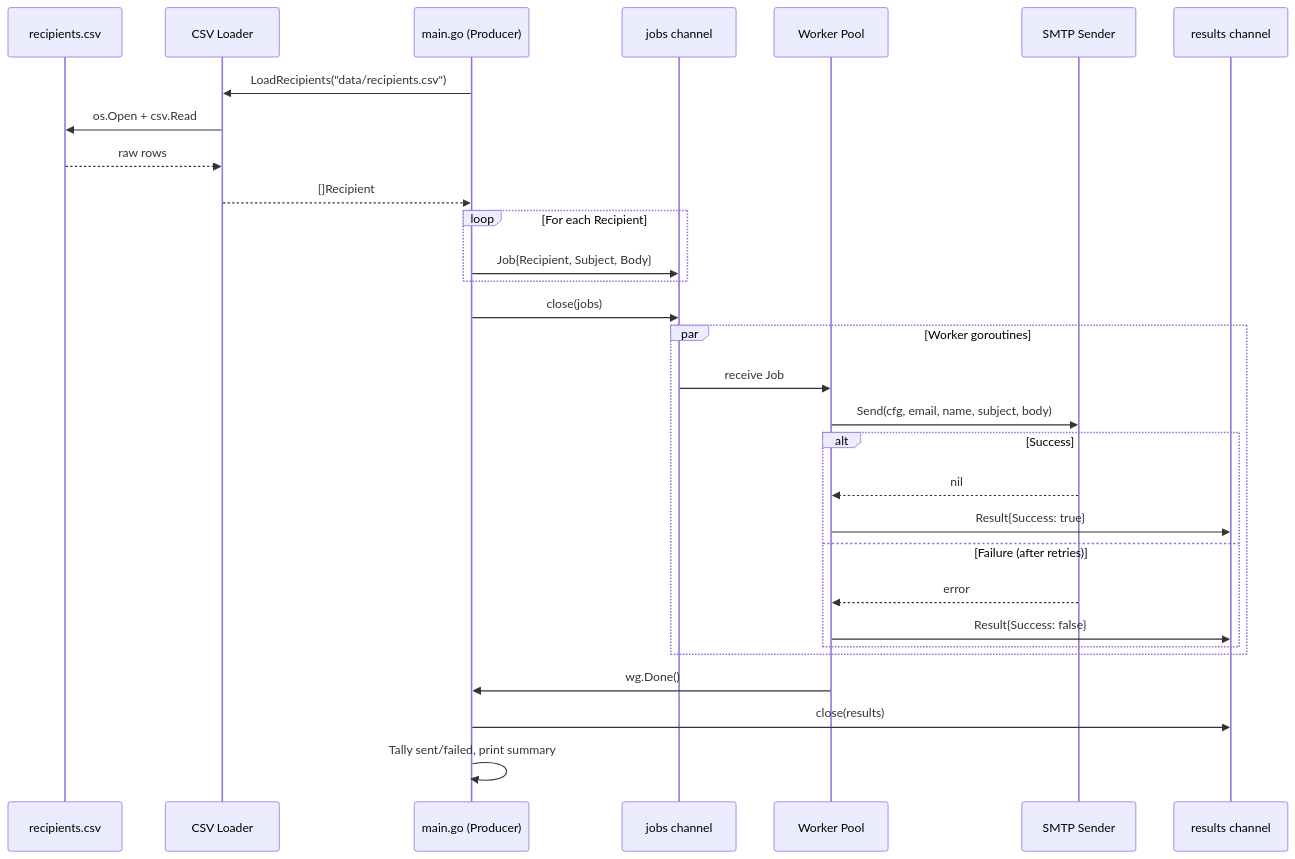
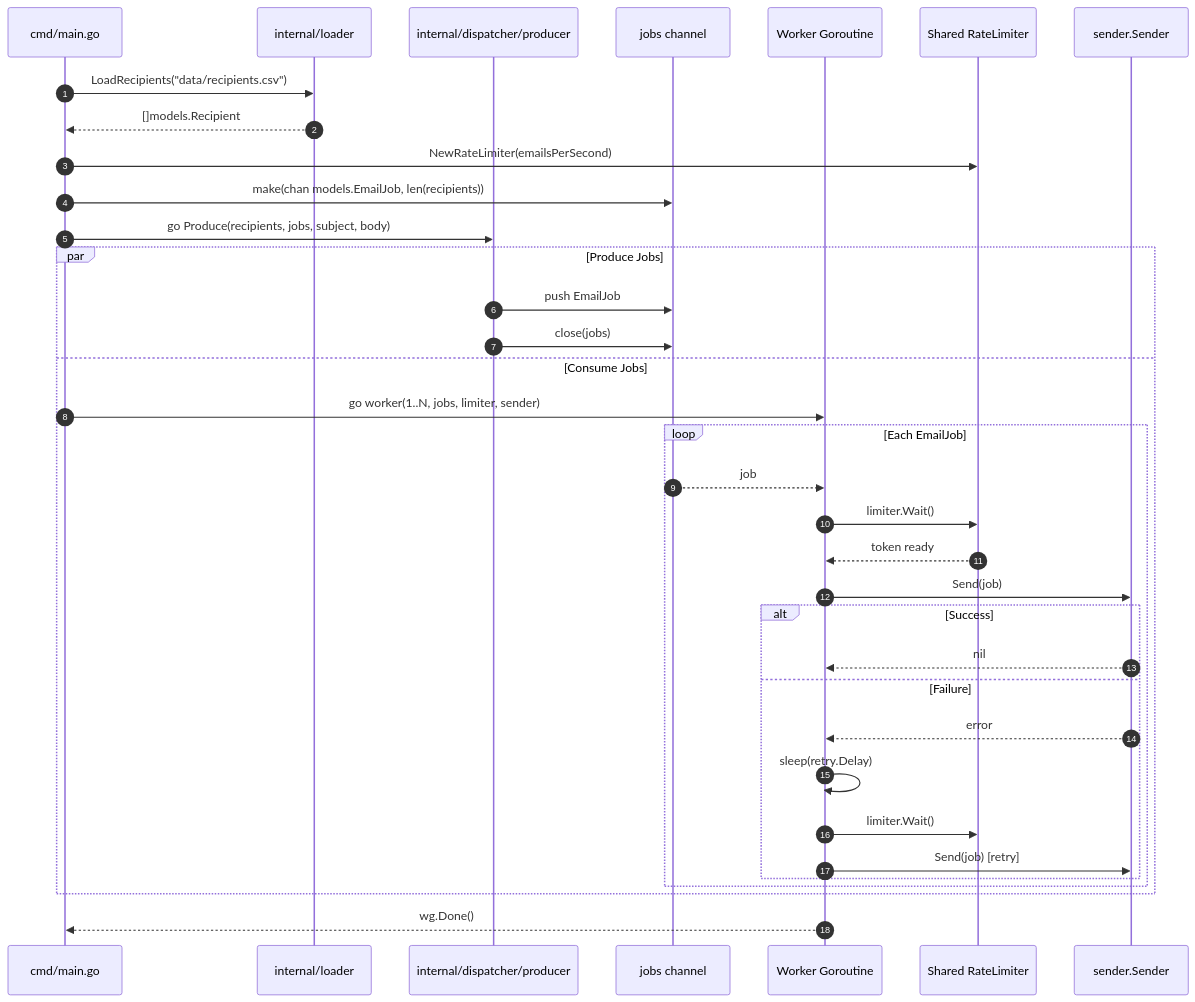
One commit to guptakartike/email-campaign-dispatcher changed the second of 2 diagrams in docs/ARCHITECTURE.md. Above: the diagram before and after it, drawn with Mermaid. The commit also changed other lines of this file and 3 other files, not shown here.

Commit message:
docs: update documentation to reflect rate limiter, mock sender, and benchmark suite

````diff
--- a/docs/ARCHITECTURE.md
+++ b/docs/ARCHITECTURE.md
@@ -133,36 +123,39 @@
 ```mermaid
 sequenceDiagram
-    participant CSV as recipients.csv
-    participant Loader as CSV Loader
-    participant Main as main.go (Producer)
-    participant Chan as jobs channel
-    participant Worker as Worker Pool
-    participant SMTP as SMTP Sender
-    participant Results as results channel
+    autonumber
+    participant Main as cmd/main.go
+    participant Loader as internal/loader
+    participant Producer as internal/dispatcher/producer
+    participant Channel as jobs channel
+    participant Worker as Worker Goroutine
+    participant Limiter as Shared RateLimiter
+    participant Sender as sender.Sender
 
     Main->>Loader: LoadRecipients("data/recipients.csv")
-    Loader->>CSV: os.Open + csv.Read
-    CSV-->>Loader: raw rows
-    Loader-->>Main: []Recipient
-
-    loop For each Recipient
-        Main->>Chan: Job{Recipient, Subject, Body}
-    end
-    Main->>Chan: close(jobs)
-
-    par Worker goroutines
-        Chan->>Worker: receive Job
-        Worker->>SMTP: Send(cfg, email, name, subject, body)
-        alt Success
-            SMTP-->>Worker: nil
-            Worker->>Results: Result{Success: true}
-        else Failure (after retries)
-            SMTP-->>Worker: error
-            Worker->>Results: Result{Success: false}
+    Loader-->>Main: []models.Recipient
+    Main->>Limiter: NewRateLimiter(emailsPerSecond)
+    Main->>Channel: make(chan models.EmailJob, len(recipients))
+    Main->>Producer: go Produce(recipients, jobs, subject, body)
+    
+    par Produce Jobs
+        Producer->>Channel: push EmailJob
+        Producer->>Channel: close(jobs)
+    and Consume Jobs
+        Main->>Worker: go worker(1..N, jobs, limiter, sender)
+        loop Each EmailJob
+            Channel-->>Worker: job
+            Worker->>Limiter: limiter.Wait()
+            Limiter-->>Worker: token ready
+            Worker->>Sender: Send(job)
+            alt Success
+                Sender-->>Worker: nil
+            else Failure
+                Sender-->>Worker: error
+                Worker->>Worker: sleep(retry.Delay)
+                Worker->>Limiter: limiter.Wait()
+                Worker->>Sender: Send(job) [retry]
+            end
         end
     end
-
-    Worker->>Main: wg.Done()
-    Main->>Results: close(results)
-    Main->>Main: Tally sent/failed, print summary
+    Worker-->>Main: wg.Done()
 ```
````
